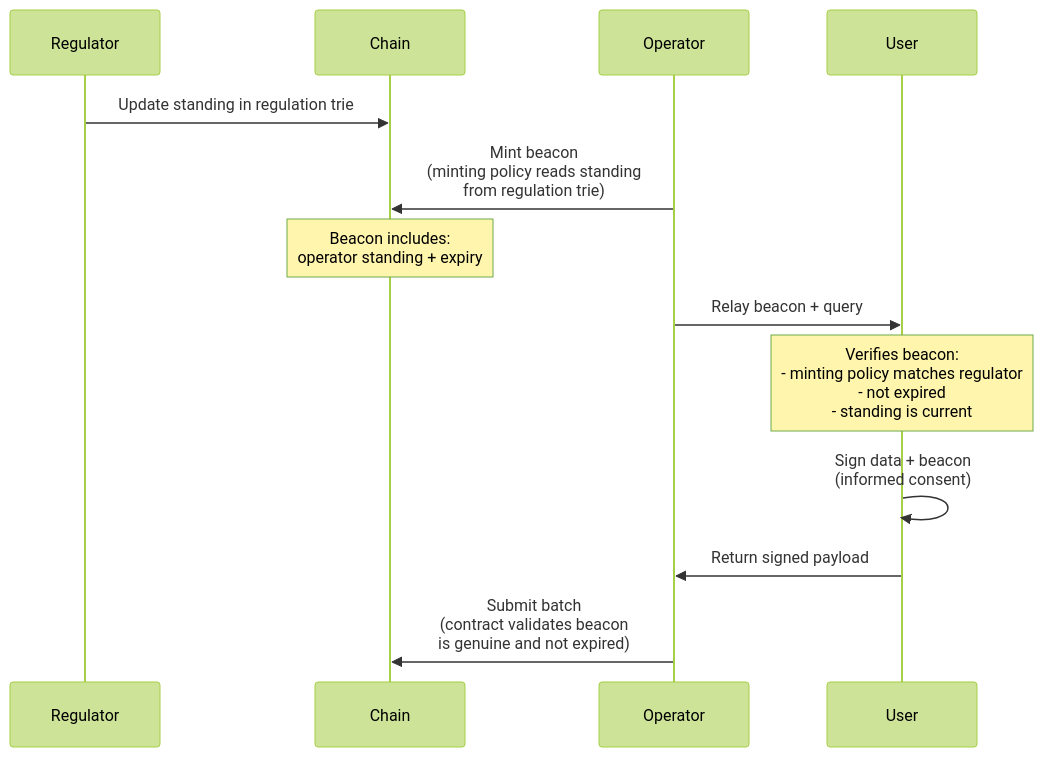
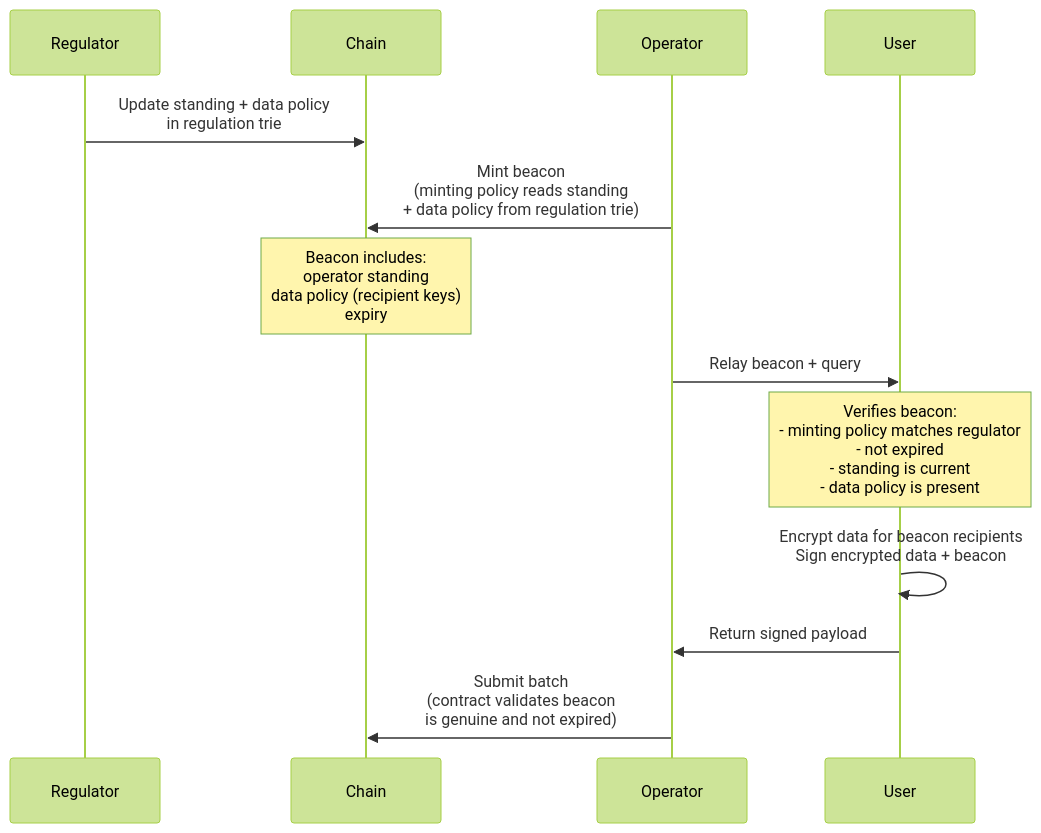
Before and after one commit to lambdasistemi/cardano-for-regulators: diagram 15 of 21 in docs/framework/schema.md, drawn with Mermaid (forest theme). The commit also changed other lines of this file and 3 other files, not shown here.

First line of the commit message:
Beacon as policy carrier + bright line lifecycle + audit fixes

````diff
--- a/docs/framework/schema.md
+++ b/docs/framework/schema.md
@@ -587,22 +592,22 @@
 ```mermaid
 sequenceDiagram
     participant R as Regulator
     participant C as Chain
     participant O as Operator
     participant U as User
 
-    R->>C: Update standing in regulation trie
+    R->>C: Update standing + data policy<br/>in regulation trie
 
-    O->>C: Mint beacon<br/>(minting policy reads standing<br/>from regulation trie)
-    Note over C: Beacon includes:<br/>operator standing + expiry
+    O->>C: Mint beacon<br/>(minting policy reads standing<br/>+ data policy from regulation trie)
+    Note over C: Beacon includes:<br/>operator standing<br/>data policy (recipient keys)<br/>expiry
 
     O->>U: Relay beacon + query
 
-    Note over U: Verifies beacon:<br/>- minting policy matches regulator<br/>- not expired<br/>- standing is current
+    Note over U: Verifies beacon:<br/>- minting policy matches regulator<br/>- not expired<br/>- standing is current<br/>- data policy is present
 
-    U->>U: Sign data + beacon<br/>(informed consent)
+    U->>U: Encrypt data for beacon recipients<br/>Sign encrypted data + beacon
 
     U->>O: Return signed payload
 
     O->>C: Submit batch<br/>(contract validates beacon<br/>is genuine and not expired)
 ```
````
